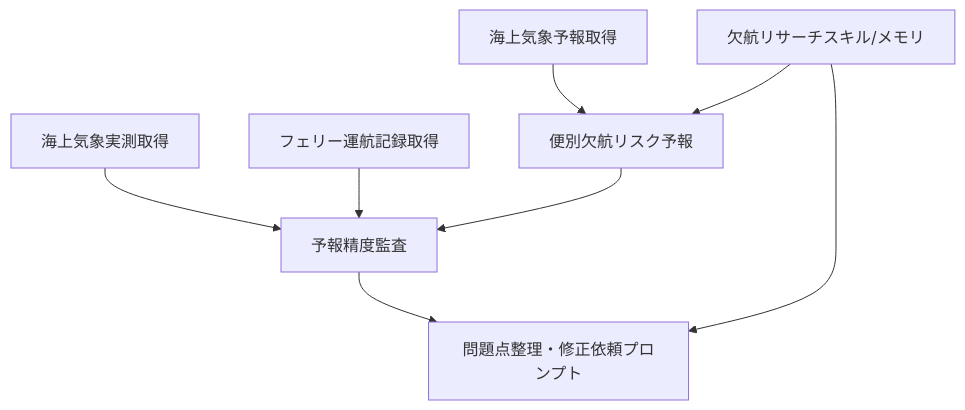
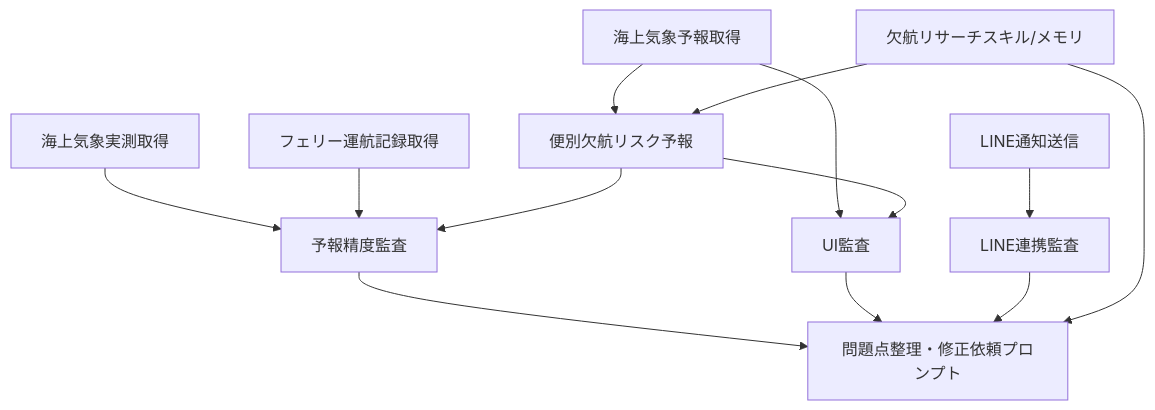
Before and after one commit to famosoyuhei/hokkaido_ferry_forecast: the diagram in docs/ai_employees/automation_blueprint.md, drawn with Mermaid. The commit also changed other lines of this file and 8 other files, not shown here.

First line of the commit message:
Add UI monitor and LINE audit AI employees for pre-release quality checks

````diff
--- a/docs/ai_employees/automation_blueprint.md
+++ b/docs/ai_employees/automation_blueprint.md
@@ -22,10 +25,15 @@
 ```mermaid
 flowchart TD
     Forecast["海上気象予報取得"] --> Risk["便別欠航リスク予報"]
+    Forecast --> UIMon["UI監査"]
     ActualWeather["海上気象実測取得"] --> Audit["予報精度監査"]
     FerryOps["フェリー運航記録取得"] --> Audit
     Risk --> Audit
+    Risk --> UIMon
     Audit --> Prompt["問題点整理・修正依頼プロンプト"]
+    UIMon --> Prompt
+    LineNotif["LINE通知送信"] --> LineAudit["LINE連携監査"]
+    LineAudit --> Prompt
     Research["欠航リサーチスキル/メモリ"] --> Prompt
     Research --> Risk
 ```
````
